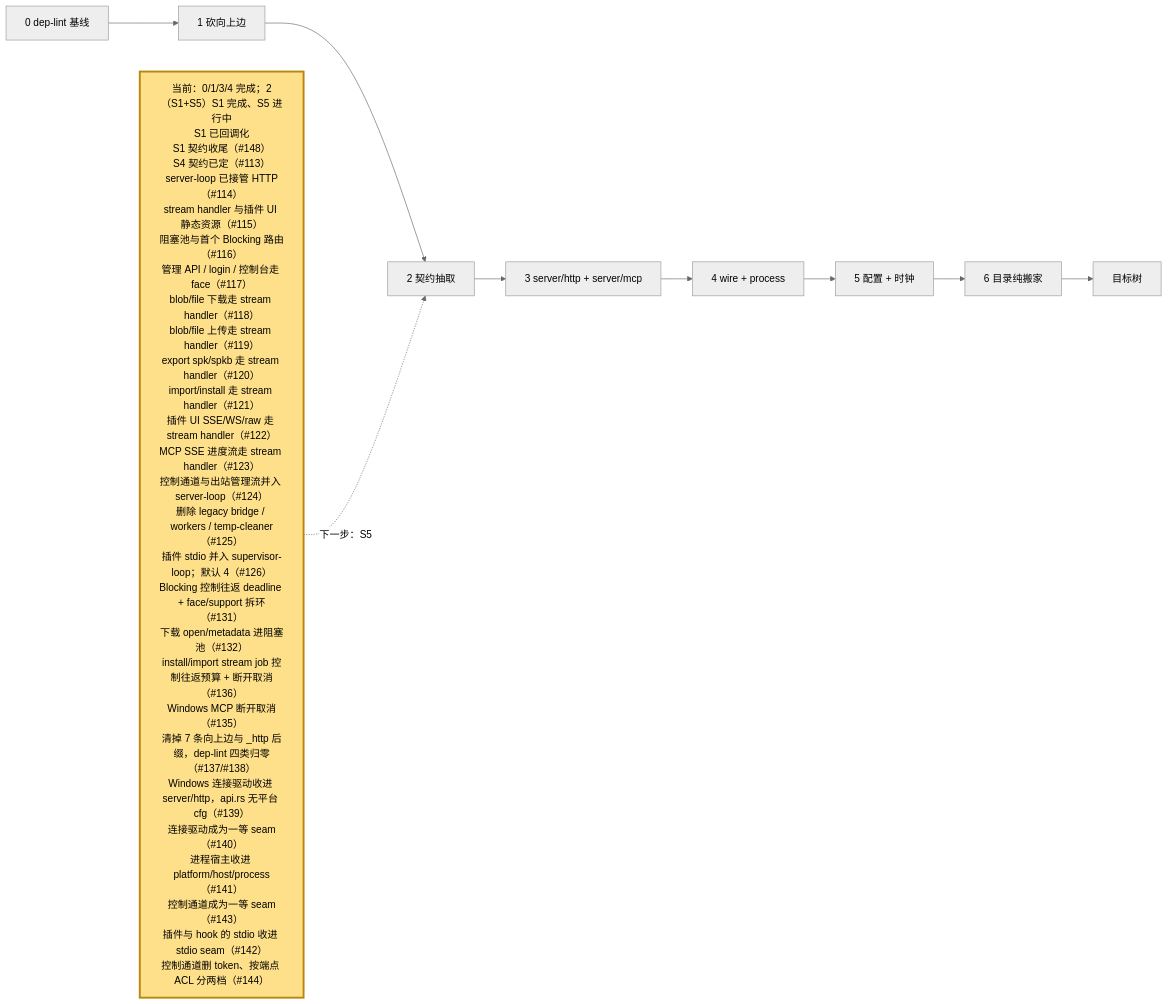
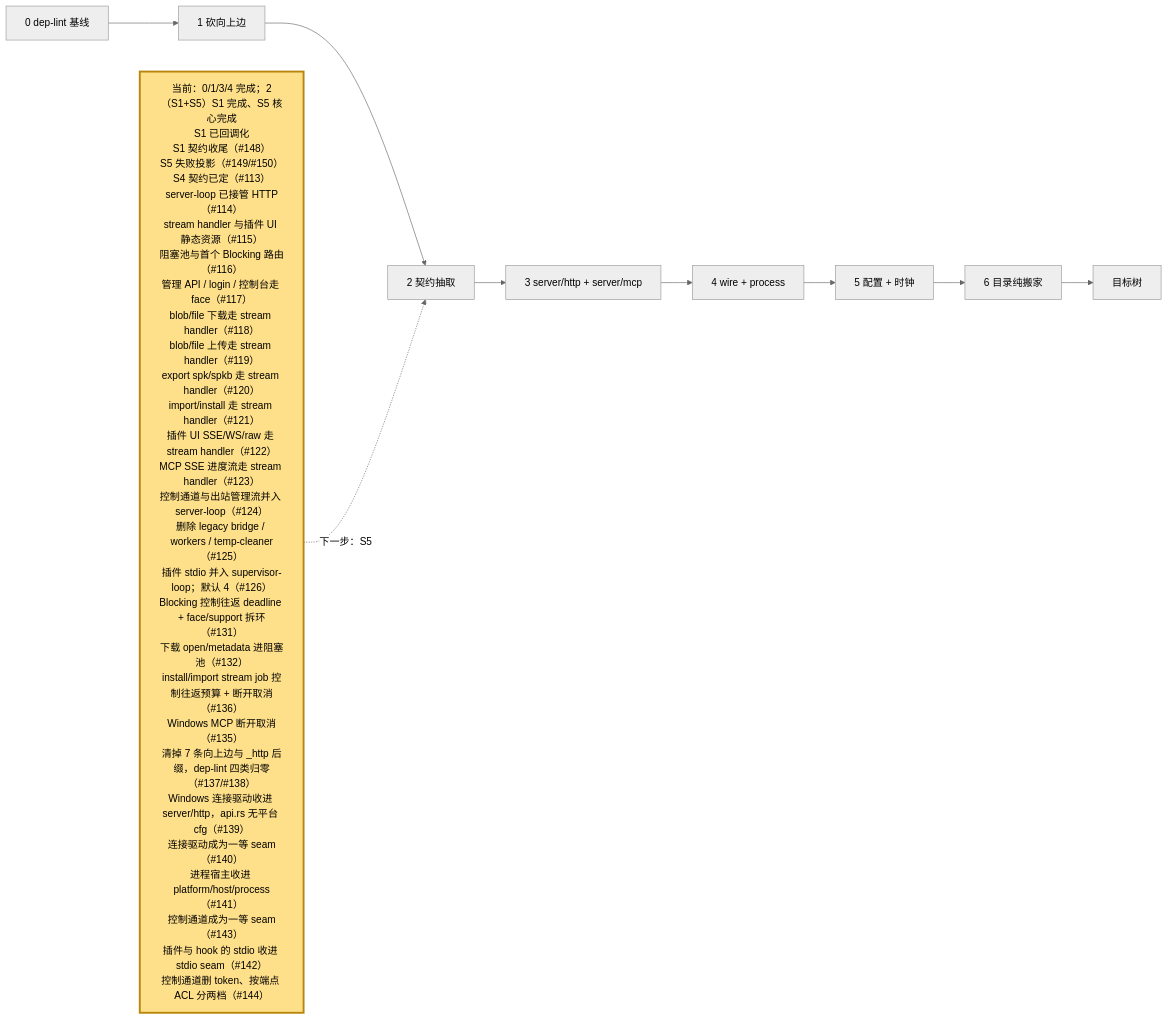
One commit to webxxxxx/plugin-manager changed the fifth of 5 diagrams in docs/architecture.md. Above: the diagram before and after it, drawn with Mermaid (neutral theme). The commit also changed other lines of this file and 4 other files, not shown here.

Commit message:
feat(face): HTTP 按 Problem/Class 投影，控制通道不再解析 message（#150）

````diff
--- a/docs/architecture.md
+++ b/docs/architecture.md
@@ -381,15 +381,15 @@
 ```mermaid
 flowchart LR
     S0["0 dep-lint 基线"] --> S1["1 砍向上边"]
     S1 --> S2["2 契约抽取"]
     S2 --> S3["3 server/http + server/mcp"]
     S3 --> S4["4 wire + process"]
     S4 --> S5["5 配置 + 时钟"]
     S5 --> S6["6 目录纯搬家"]
     S6 --> DONE["目标树"]
 
-    NOW["当前：0/1/3/4 完成；2（S1+S5）S1 完成、S5 进行中<br/>S1 已回调化<br/>S1 契约收尾（#148）<br/>S4 契约已定（#113）<br/>server-loop 已接管 HTTP（#114）<br/>stream handler 与插件 UI 静态资源（#115）<br/>阻塞池与首个 Blocking 路由（#116）<br/>管理 API / login / 控制台走 face（#117）<br/>blob/file 下载走 stream handler（#118）<br/>blob/file 上传走 stream handler（#119）<br/>export spk/spkb 走 stream handler（#120）<br/>import/install 走 stream handler（#121）<br/>插件 UI SSE/WS/raw 走 stream handler（#122）<br/>MCP SSE 进度流走 stream handler（#123）<br/>控制通道与出站管理流并入 server-loop（#124）<br/>删除 legacy bridge / workers / temp-cleaner（#125）<br/>插件 stdio 并入 supervisor-loop；默认 4（#126）<br/>Blocking 控制往返 deadline + face/support 拆环（#131）<br/>下载 open/metadata 进阻塞池（#132）<br/>install/import stream job 控制往返预算 + 断开取消（#136）<br/>Windows MCP 断开取消（#135）<br/>清掉 7 条向上边与 _http 后缀，dep-lint 四类归零（#137/#138）<br/>Windows 连接驱动收进 server/http，api.rs 无平台 cfg（#139）<br/>连接驱动成为一等 seam（#140）<br/>进程宿主收进 platform/host/process（#141）<br/>控制通道成为一等 seam（#143）<br/>插件与 hook 的 stdio 收进 stdio seam（#142）<br/>控制通道删 token、按端点 ACL 分两档（#144）"]:::current
+    NOW["当前：0/1/3/4 完成；2（S1+S5）S1 完成、S5 核心完成<br/>S1 已回调化<br/>S1 契约收尾（#148）<br/>S5 失败投影（#149/#150）<br/>S4 契约已定（#113）<br/>server-loop 已接管 HTTP（#114）<br/>stream handler 与插件 UI 静态资源（#115）<br/>阻塞池与首个 Blocking 路由（#116）<br/>管理 API / login / 控制台走 face（#117）<br/>blob/file 下载走 stream handler（#118）<br/>blob/file 上传走 stream handler（#119）<br/>export spk/spkb 走 stream handler（#120）<br/>import/install 走 stream handler（#121）<br/>插件 UI SSE/WS/raw 走 stream handler（#122）<br/>MCP SSE 进度流走 stream handler（#123）<br/>控制通道与出站管理流并入 server-loop（#124）<br/>删除 legacy bridge / workers / temp-cleaner（#125）<br/>插件 stdio 并入 supervisor-loop；默认 4（#126）<br/>Blocking 控制往返 deadline + face/support 拆环（#131）<br/>下载 open/metadata 进阻塞池（#132）<br/>install/import stream job 控制往返预算 + 断开取消（#136）<br/>Windows MCP 断开取消（#135）<br/>清掉 7 条向上边与 _http 后缀，dep-lint 四类归零（#137/#138）<br/>Windows 连接驱动收进 server/http，api.rs 无平台 cfg（#139）<br/>连接驱动成为一等 seam（#140）<br/>进程宿主收进 platform/host/process（#141）<br/>控制通道成为一等 seam（#143）<br/>插件与 hook 的 stdio 收进 stdio seam（#142）<br/>控制通道删 token、按端点 ACL 分两档（#144）"]:::current
     NOW -.->|下一步：S5| S2
 
     classDef current fill:#ffe08a,stroke:#b8860b,stroke-width:3px,color:#000
 ```
````
